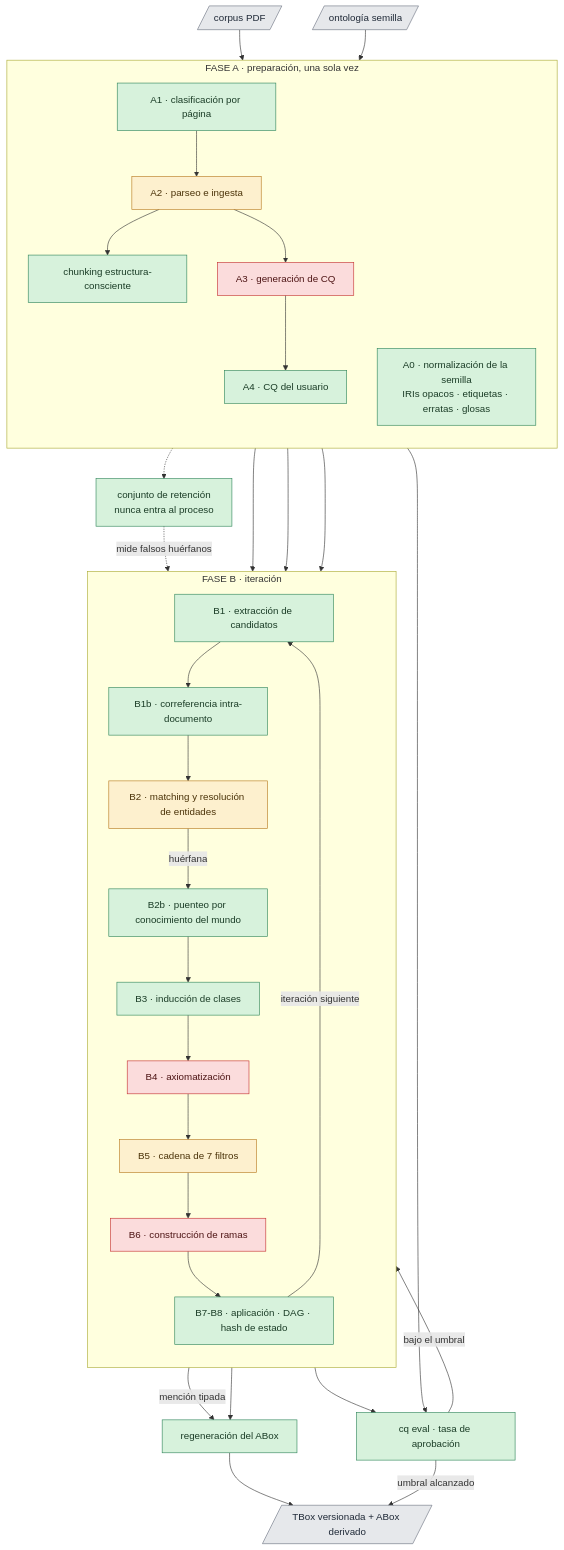
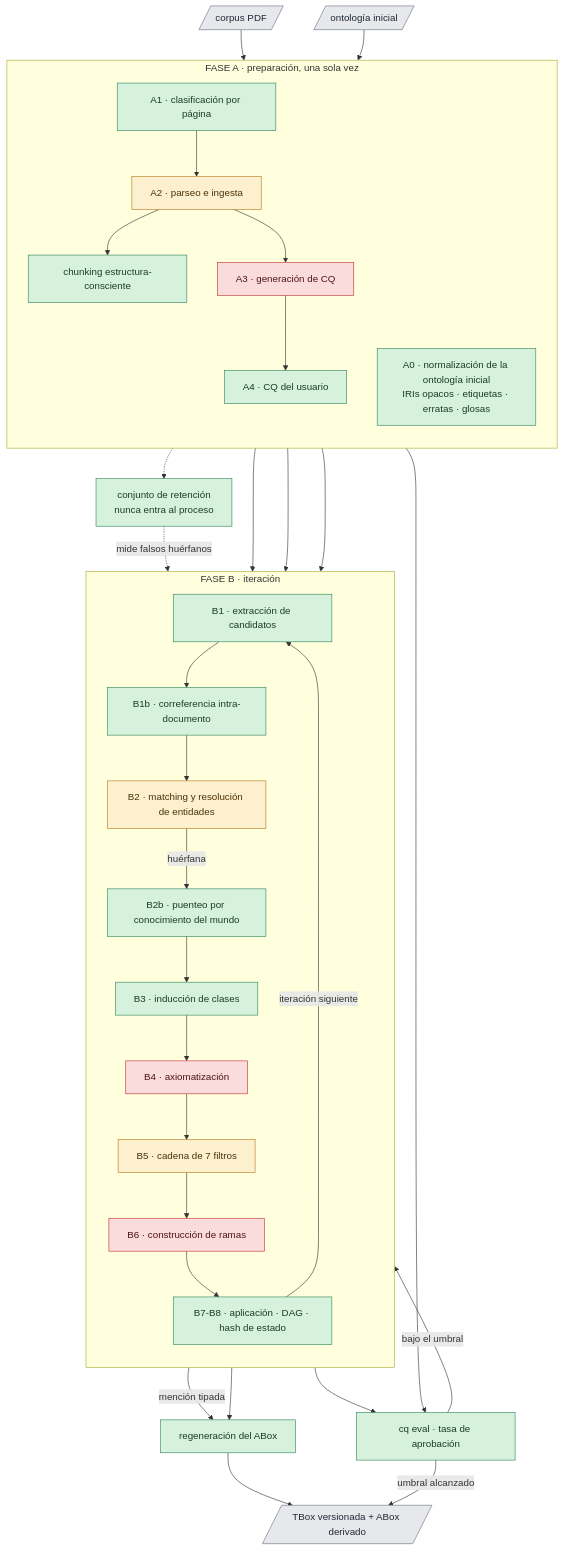
The first of 3 diagrams in README.md (gonzatorte/ontology_and_llm_pipeline), drawn with Mermaid before and after one commit. The commit also changed other lines of this file and 37 other files, not shown here.

First line of the commit message:
refactor(core)!: «semilla» pasa a llamarse «ontología inicial»

````diff
--- a/README.md
+++ b/README.md
@@ -181,57 +181,57 @@
 ```mermaid
 flowchart TB
   corpus[/"corpus PDF"/]
-  seed[/"ontología semilla"/]
+  seed[/"ontología inicial"/]
 
   subgraph FA["FASE A · preparación, una sola vez"]
     direction TB
     `PREP-CLASSIFY`["A1 · clasificación por página"]
     `PREP-PARSE`["A2 · parseo e ingesta"]
     CHK["chunking estructura-consciente"]
-    `PREP-NORMALIZE`["A0 · normalización de la semilla<br/>IRIs opacos · etiquetas · erratas · glosas"]
+    `PREP-NORMALIZE`["A0 · normalización de la ontología inicial<br/>IRIs opacos · etiquetas · erratas · glosas"]
     `PREP-CQ-GENERATED`["A3 · generación de CQ"]
     `PREP-CQ-USER`["A4 · CQ del usuario"]
   end
 
   subgraph FB["FASE B · iteración"]
     direction TB
     `ITER-EXTRACT`["B1 · extracción de candidatos"]
     `ITER-COREFER`["B1b · correferencia intra-documento"]
     `ITER-MATCH`["B2 · matching y resolución de entidades"]
     `ITER-BRIDGE`["B2b · puenteo por conocimiento del mundo"]
     `ITER-INDUCE`["B3 · inducción de clases"]
     `ITER-AXIOMATIZE`["B4 · axiomatización"]
     `ITER-VALIDATE`["B5 · cadena de 7 filtros"]
     `ITER-BRANCH`["B6 · construcción de ramas"]
     B78["B7-B8 · aplicación · DAG · hash de estado"]
   end
 
   ABOX["regeneración del ABox"]
   CQE["cq eval · tasa de aprobación"]
   OUT[/"TBox versionada + ABox derivado"/]
   HOLD["conjunto de retención<br/>nunca entra al proceso"]
 
   corpus --> `PREP-CLASSIFY` --> `PREP-PARSE` --> CHK --> `ITER-EXTRACT` --> `ITER-COREFER` --> `ITER-MATCH`
   `PREP-PARSE` -.-> HOLD
   seed --> `PREP-NORMALIZE` --> `ITER-MATCH`
   `PREP-NORMALIZE` --> `ITER-VALIDATE`
   `PREP-PARSE` --> `PREP-CQ-GENERATED` --> `PREP-CQ-USER` --> CQE
   `ITER-MATCH` -->|"mención tipada"| ABOX
   `ITER-MATCH` -->|"huérfana"| `ITER-BRIDGE` --> `ITER-INDUCE` --> `ITER-AXIOMATIZE` --> `ITER-VALIDATE` --> `ITER-BRANCH` --> B78
   B78 --> ABOX --> OUT
   B78 -->|"iteración siguiente"| `ITER-EXTRACT`
   B78 --> CQE
   CQE -->|"bajo el umbral"| `ITER-EXTRACT`
   CQE -->|"umbral alcanzado"| OUT
   HOLD -.->|"mide falsos huérfanos"| `ITER-MATCH`
 
   classDef ok fill:#d7f2dc,stroke:#2f855a,color:#1a3c26
   classDef partial fill:#fdf0ce,stroke:#b7791f,color:#4a3208
   classDef todo fill:#fbdcdc,stroke:#c53030,color:#4d1414
   classDef io fill:#e6e8eb,stroke:#6b7280,color:#1f2937
 
   class `PREP-CLASSIFY`,CHK,`PREP-NORMALIZE`,`PREP-CQ-USER`,`ITER-EXTRACT`,`ITER-COREFER`,`ITER-BRIDGE`,`ITER-INDUCE`,B78,CQE,HOLD,ABOX ok
   class `PREP-PARSE`,`ITER-MATCH`,`ITER-VALIDATE` partial
   class `PREP-CQ-GENERATED`,`ITER-AXIOMATIZE`,`ITER-BRANCH` todo
   class corpus,seed,OUT io
 ```
````
